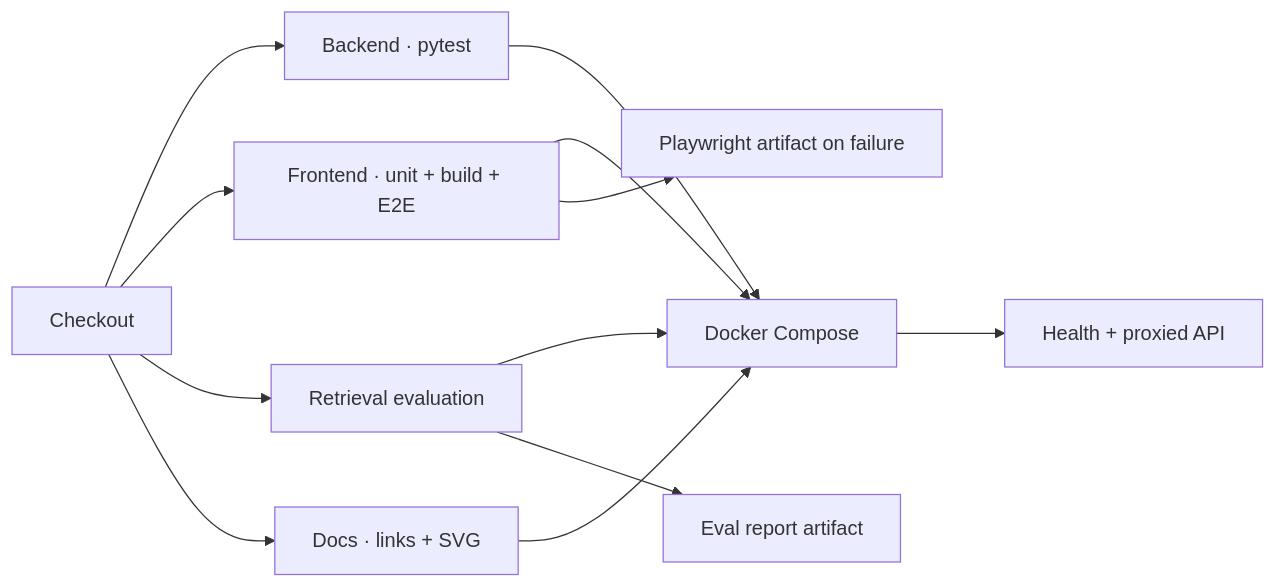
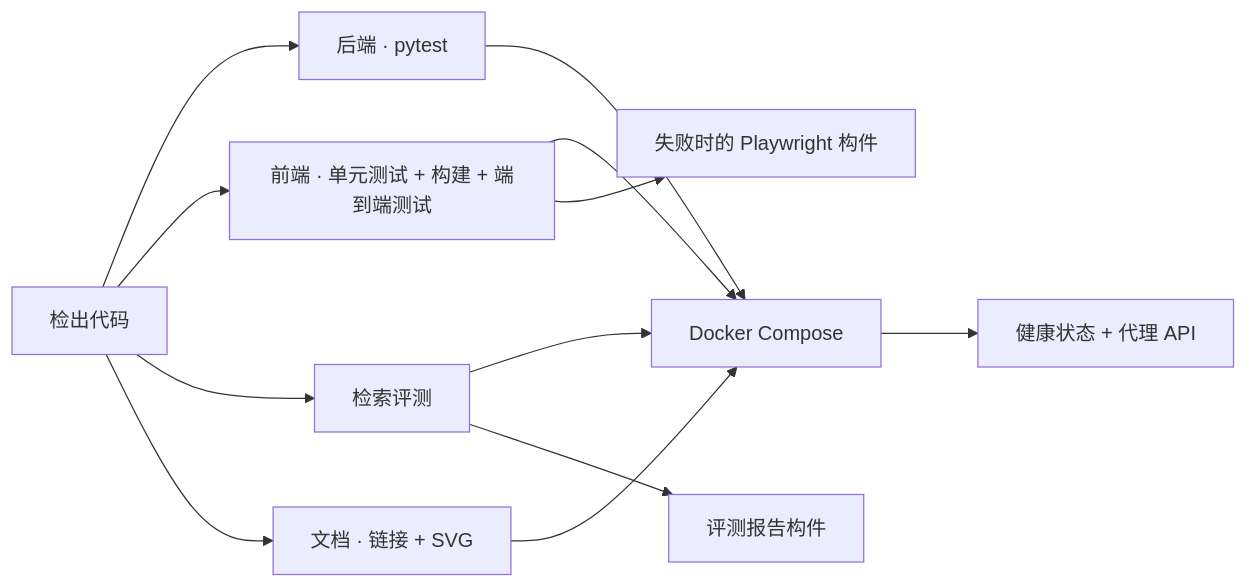
Before and after one commit to 728792899-create/personal-multimodal-rag: the diagram in docs/testing-and-evaluation.md, drawn with Mermaid. The commit also changed other lines of this file and 156 other files, not shown here.

````diff
--- a/docs/testing-and-evaluation.md
+++ b/docs/testing-and-evaluation.md
@@ -181,14 +181,14 @@
 ```mermaid
 flowchart LR
-  C["Checkout"] --> B["Backend · pytest"]
-  C --> F["Frontend · unit + build + E2E"]
-  C --> E["Retrieval evaluation"]
-  C --> M["Docs · links + SVG"]
+  C["检出代码"] --> B["后端 · pytest"]
+  C --> F["前端 · 单元测试 + 构建 + 端到端测试"]
+  C --> E["检索评测"]
+  C --> M["文档 · 链接 + SVG"]
   B --> D["Docker Compose"]
   F --> D
   E --> D
   M --> D
-  E --> A["Eval report artifact"]
-  F --> P["Playwright artifact on failure"]
-  D --> H["Health + proxied API"]
+  E --> A["评测报告构件"]
+  F --> P["失败时的 Playwright 构件"]
+  D --> H["健康状态 + 代理 API"]
 ```
````
